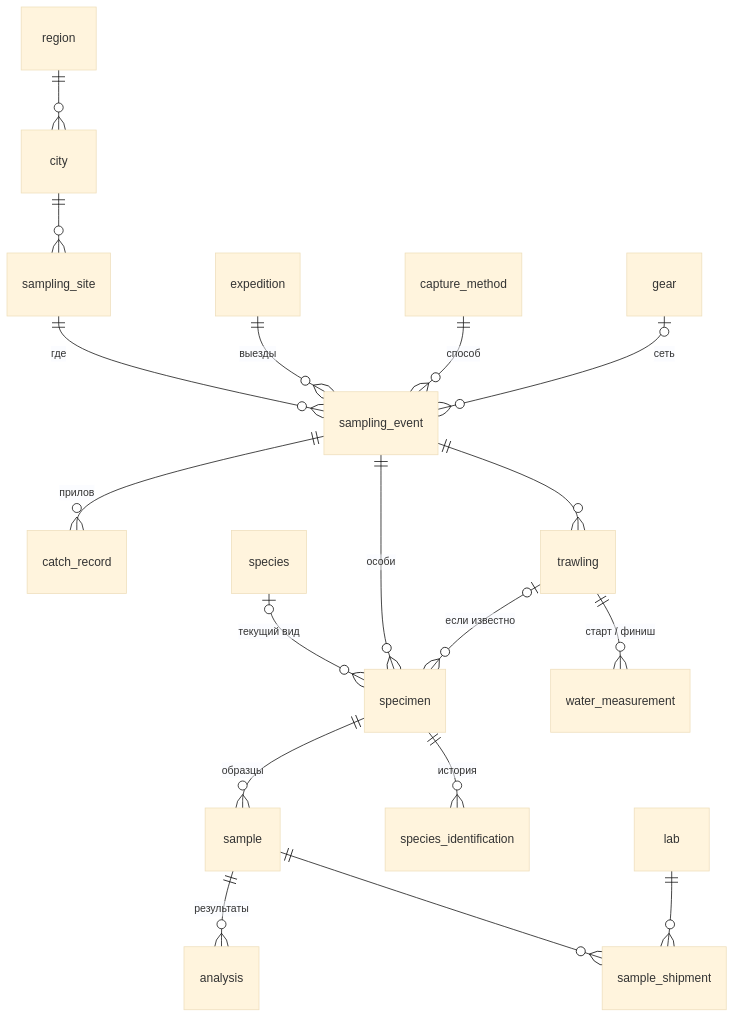
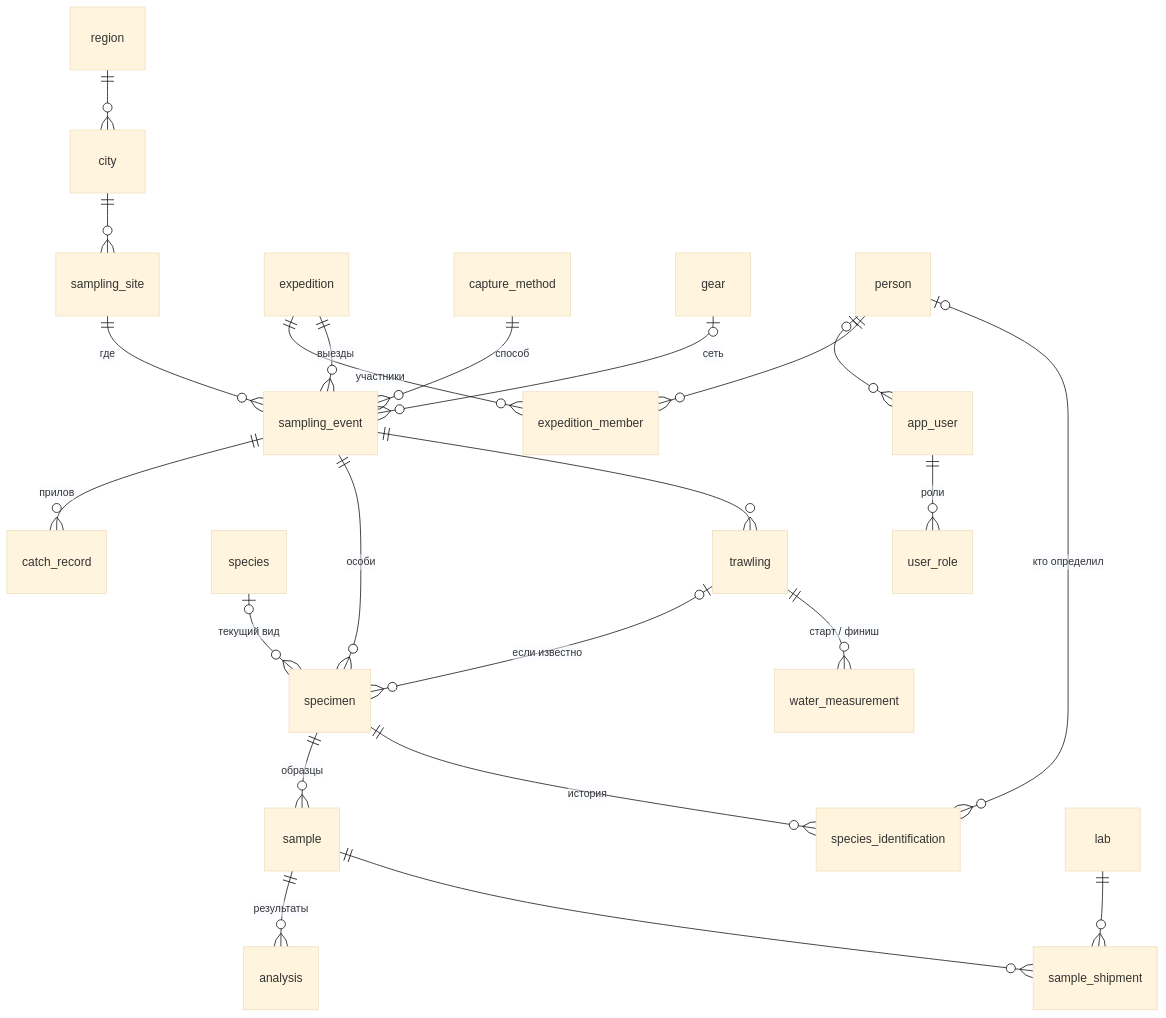
The diagram in README.md (GordeyGudim/biobank), drawn with Mermaid (base theme) before and after one commit. The commit also changed other lines of this file and 75 other files, not shown here.

````diff
--- a/README.md
+++ b/README.md
@@ -66,20 +66,25 @@
 ```mermaid
 erDiagram
     region ||--o{ city : ""
     city ||--o{ sampling_site : ""
     expedition ||--o{ sampling_event : "выезды"
     sampling_site ||--o{ sampling_event : "где"
     capture_method ||--o{ sampling_event : "способ"
     gear |o--o{ sampling_event : "сеть"
     sampling_event ||--o{ trawling : ""
     trawling ||--o{ water_measurement : "старт / финиш"
     sampling_event ||--o{ specimen : "особи"
     trawling |o--o{ specimen : "если известно"
     species |o--o{ specimen : "текущий вид"
     specimen ||--o{ species_identification : "история"
     specimen ||--o{ sample : "образцы"
     sample ||--o{ sample_shipment : ""
     lab ||--o{ sample_shipment : ""
     sample ||--o{ analysis : "результаты"
     sampling_event ||--o{ catch_record : "прилов"
+    person |o--o{ species_identification : "кто определил"
+    expedition ||--o{ expedition_member : "участники"
+    person ||--o{ expedition_member : ""
+    person |o--o{ app_user : ""
+    app_user ||--o{ user_role : "роли"
 ```
````
